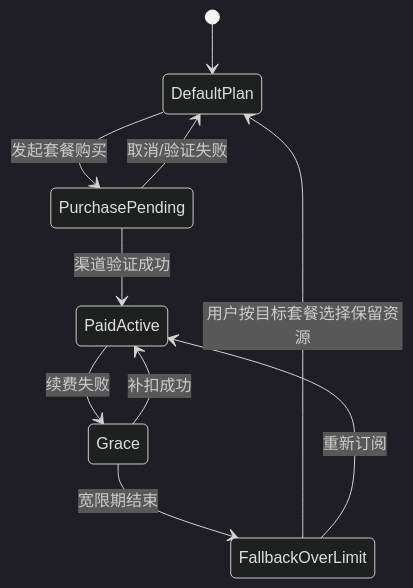
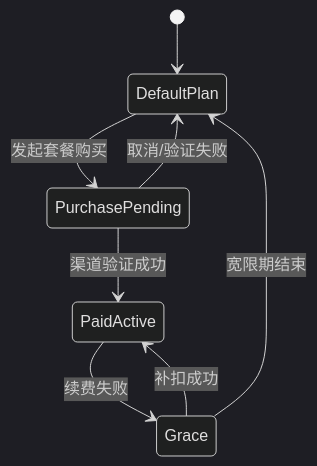
The diagram in docs/UI_LAYOUT_DESIGNS.md (myucxy/TermLink), drawn with Mermaid (dark theme) before and after one commit. The commit also changed other lines of this file and 301 other files, not shown here.

````diff
--- a/docs/UI_LAYOUT_DESIGNS.md
+++ b/docs/UI_LAYOUT_DESIGNS.md
@@ -126,12 +123,10 @@
 ```mermaid
 stateDiagram-v2
     [*] --> DefaultPlan
     DefaultPlan --> PurchasePending: 发起套餐购买
     PurchasePending --> PaidActive: 渠道验证成功
     PurchasePending --> DefaultPlan: 取消/验证失败
     PaidActive --> Grace: 续费失败
     Grace --> PaidActive: 补扣成功
-    Grace --> FallbackOverLimit: 宽限期结束
-    FallbackOverLimit --> DefaultPlan: 用户按目标套餐选择保留资源
-    FallbackOverLimit --> PaidActive: 重新订阅
+    Grace --> DefaultPlan: 宽限期结束
 ```
````
